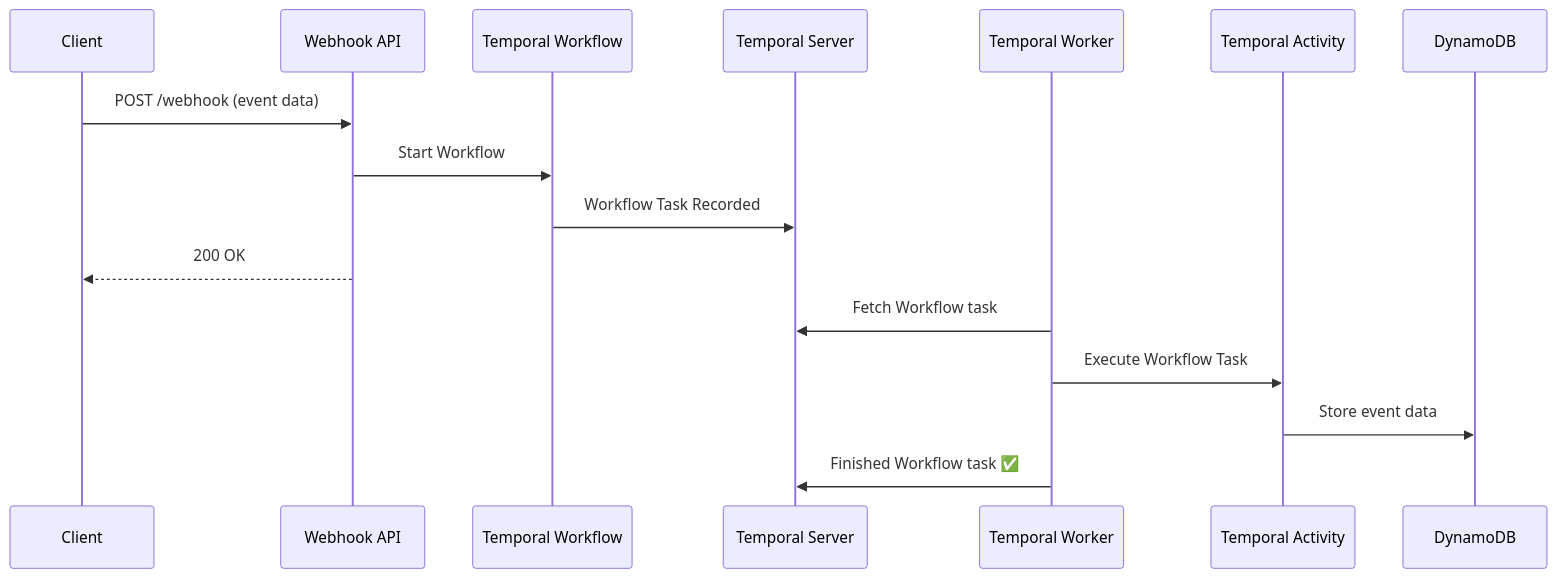
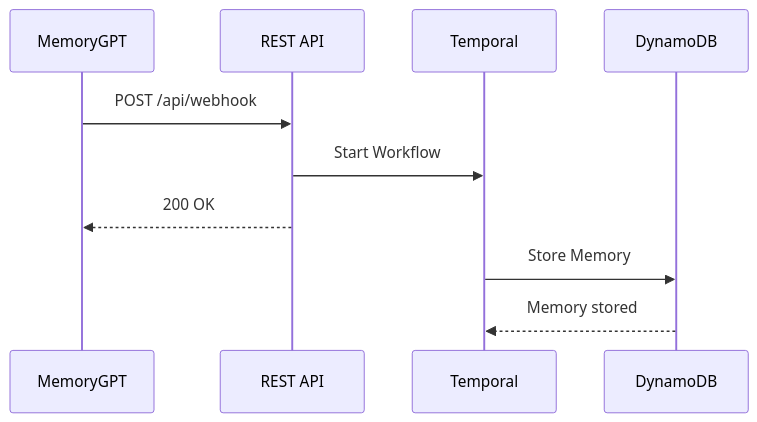
One commit to michael-oswald/20-temporal-apps changed the diagram in 20-apps/app-2-memory-api/README.md. Above: the diagram before and after it, drawn with Mermaid. The commit also changed other lines of this file and 8 other files, not shown here.

Commit message:
updates for memory api

````diff
--- a/20-apps/app-2-memory-api/README.md
+++ b/20-apps/app-2-memory-api/README.md
@@ -24,22 +23,13 @@
 ```mermaid
 sequenceDiagram
-    participant Client
-    participant WebhookAPI as Webhook API
-    participant Workflow as Temporal Workflow
-    participant Server as Temporal Server
-    participant Worker as Temporal Worker
-    participant Activity as Temporal Activity
+    participant MemoryGPT
+    participant REST API
+    participant Temporal
     participant DynamoDB
 
-    Client->>WebhookAPI: POST /webhook (event data)
-    WebhookAPI->>Workflow: Start Workflow 
-    Workflow->>Server: Workflow Task Recorded
-    WebhookAPI-->>Client: 200 OK
-    Worker->>Server: Fetch Workflow task
-    Worker->>Activity: Execute Workflow Task
-    Activity->>DynamoDB: Store event data
-    Worker->>Server: Finished Workflow task ✅
-    
-    
-    
+    MemoryGPT->>REST API: POST /api/webhook
+    REST API->>Temporal: Start Workflow
+    REST API-->>MemoryGPT: 200 OK
+    Temporal->>DynamoDB: Store Memory
+    DynamoDB-->>Temporal: Memory stored
  ```
````
